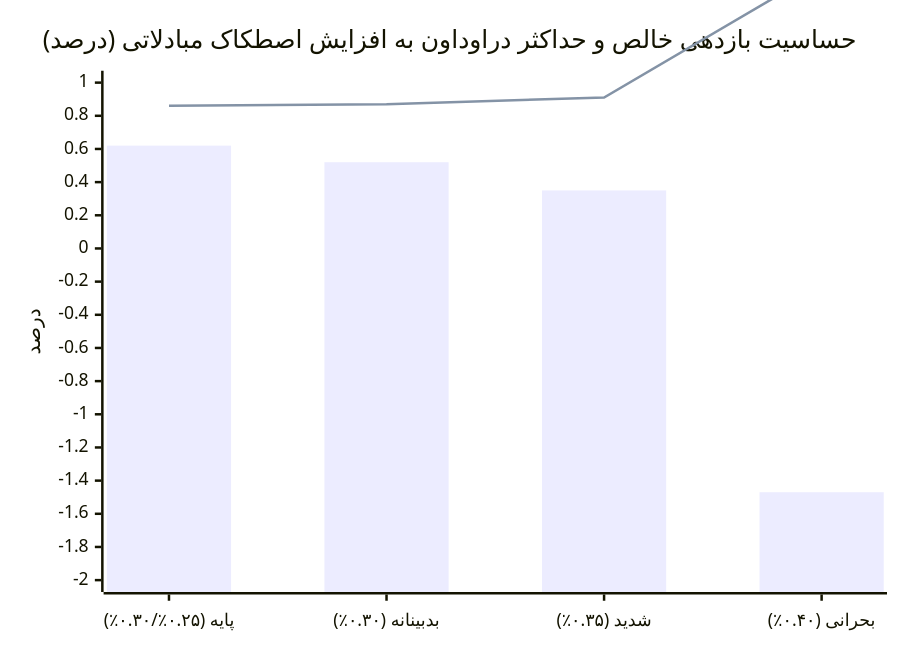
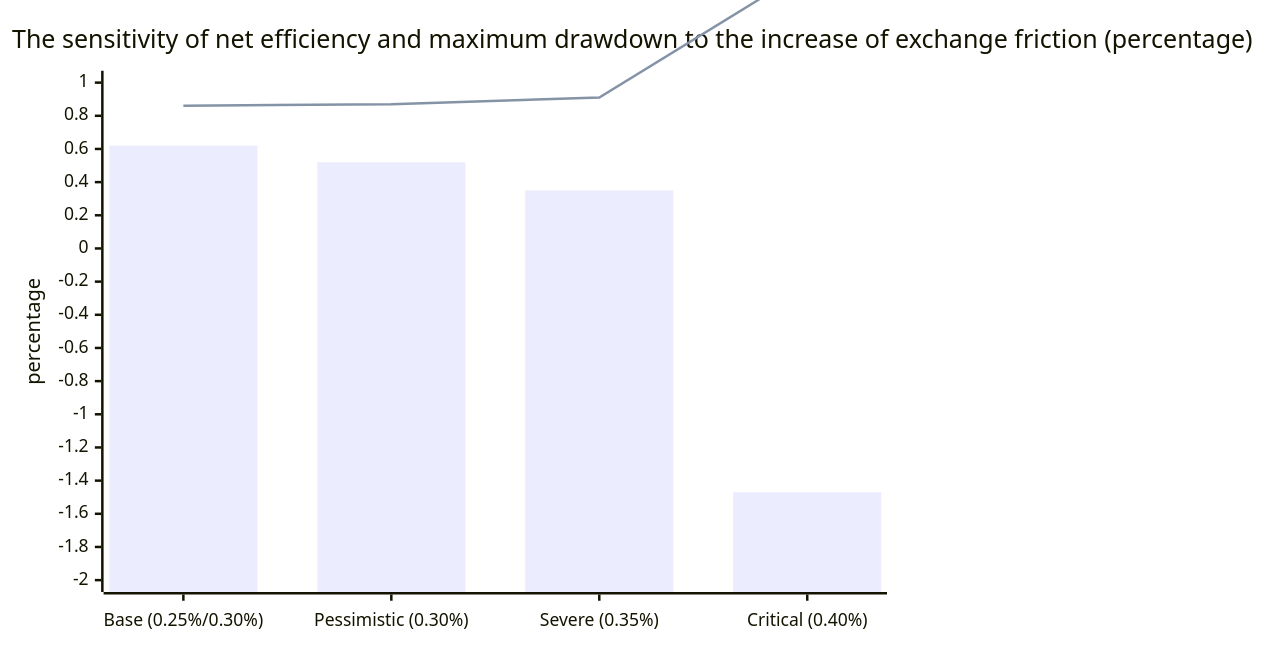
Before and after one commit to AliFazelniya/wallextrade: the first of 2 diagrams in docs/EXECUTION_STRESS_TESTS.md, drawn with Mermaid. The commit also changed other lines of this file and 81 other files, not shown here.

````diff
--- a/docs/EXECUTION_STRESS_TESTS.md
+++ b/docs/EXECUTION_STRESS_TESTS.md
@@ -24,8 +24,8 @@
 ```mermaid
 xychart-beta
-    title "حساسیت بازدهی خالص و حداکثر دراوداون به افزایش اصطکاک مبادلاتی (درصد)"
-    x-axis ["پایه (۰.۲۵٪/۰.۳۰٪)", "بدبینانه (۰.۳۰٪)", "شدید (۰.۳۵٪)", "بحرانی (۰.۴۰٪)"]
-    y-axis "درصد" -2.0 --> 1.0
+    title "The sensitivity of net efficiency and maximum drawdown to the increase of exchange friction (percentage)"
+    x-axis ["Base (0.25%/0.30%)", "Pessimistic (0.30%)", "Severe (0.35%)", "Critical (0.40%)"]
+    y-axis "percentage" -2.0 --> 1.0
     bar [0.62, 0.52, 0.35, -1.47]
     line [0.86, 0.87, 0.91, 1.68]
 ```
````
